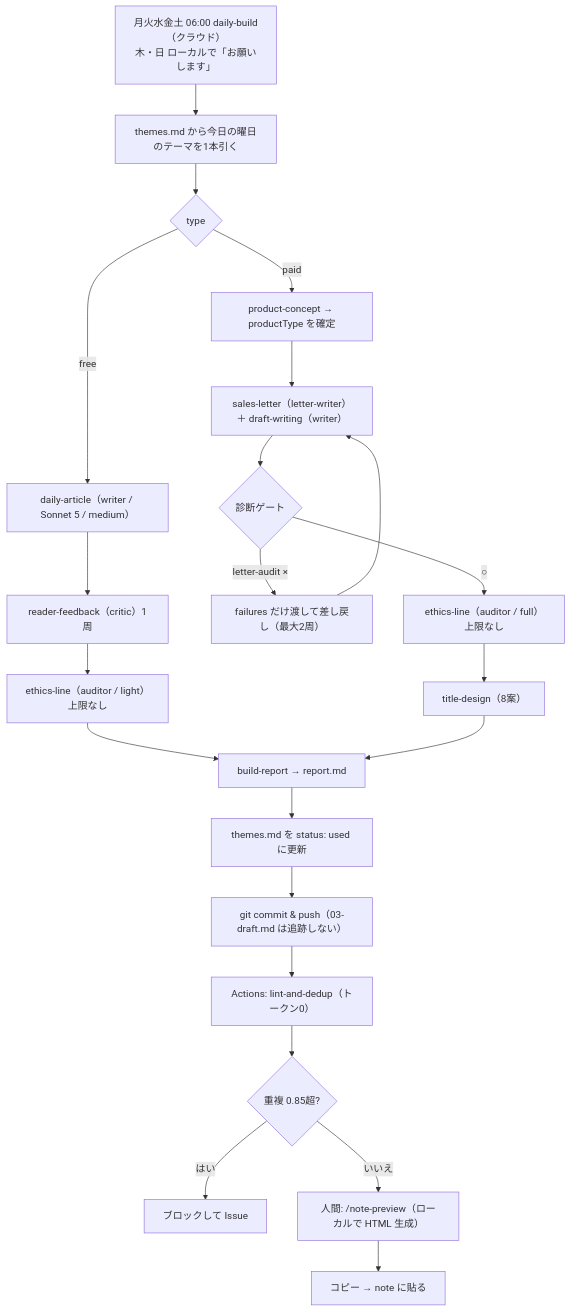
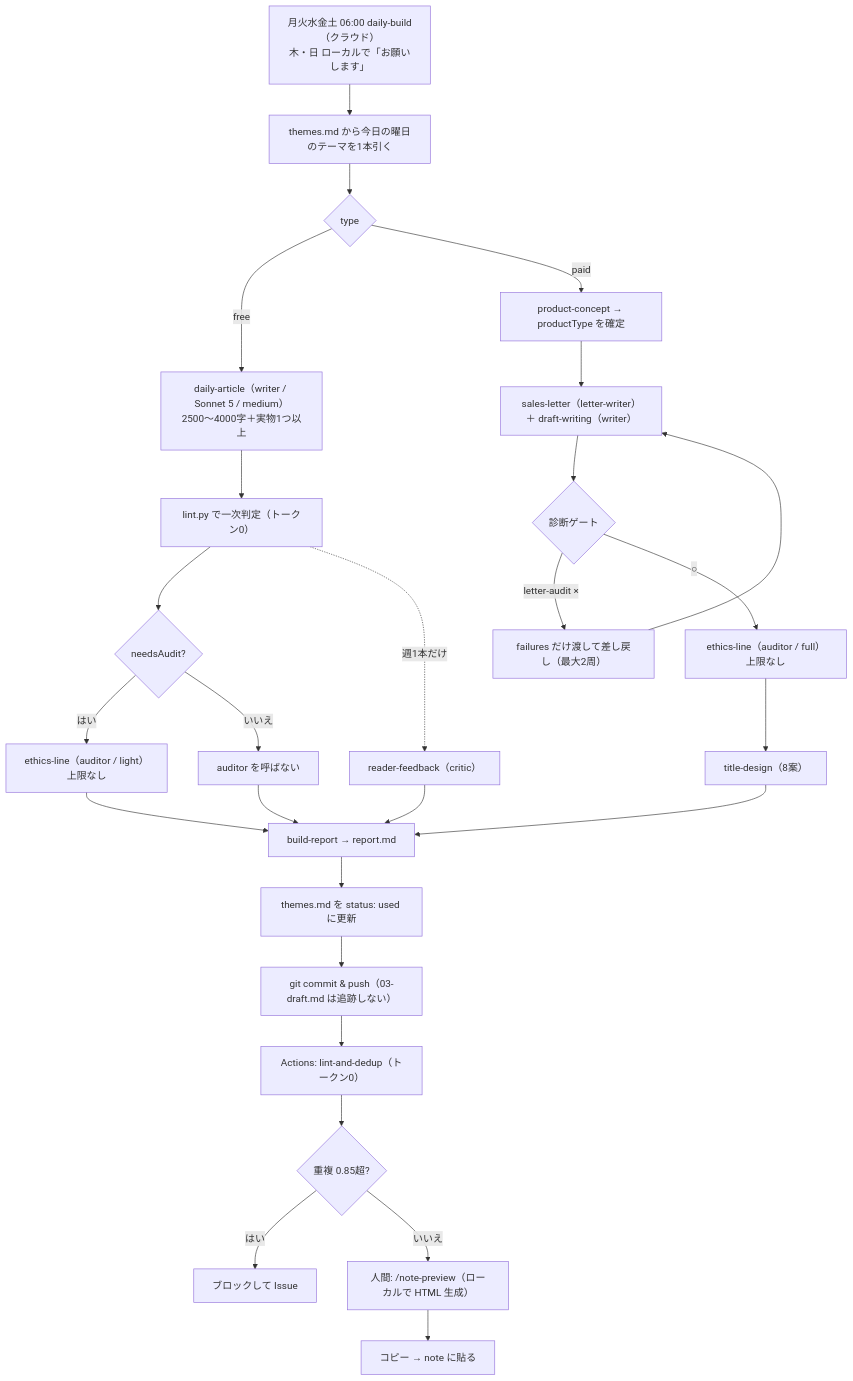
One commit to kou56250046-cloud/note-automation-app changed the second of 2 diagrams in ARCHITECTURE.md. Above: the diagram before and after it, drawn with Mermaid. The commit also changed other lines of this file and 26 other files, not shown here.

````diff
--- a/ARCHITECTURE.md
+++ b/ARCHITECTURE.md
@@ -326,27 +365,32 @@
 ```mermaid
 flowchart TD
     A["月火水金土 06:00 daily-build（クラウド）<br/>木・日 ローカルで「お願いします」"] --> B["themes.md から今日の曜日のテーマを1本引く"]
     B --> C{"type"}
 
-    C -- "free" --> D["daily-article（writer / Sonnet 5 / medium）"]
-    D --> E["reader-feedback（critic）1周"]
-    E --> F["ethics-line（auditor / light）上限なし"]
+    C -- "free" --> D["daily-article（writer / Sonnet 5 / medium）<br/>2500〜4000字＋実物1つ以上"]
+    D --> D2["lint.py で一次判定（トークン0）"]
+    D2 --> D3{"needsAudit?"}
+    D3 -- "はい" --> F["ethics-line（auditor / light）上限なし"]
+    D3 -- "いいえ" --> F2["auditor を呼ばない"]
+    D2 -.->|"週1本だけ"| E["reader-feedback（critic）"]
 
     C -- "paid" --> G["product-concept → productType を確定"]
     G --> H["sales-letter（letter-writer）＋ draft-writing（writer）"]
     H --> I{"診断ゲート"}
     I -- "letter-audit ×" --> J["failures だけ渡して差し戻し（最大2周）"]
     J --> H
     I -- "○" --> K["ethics-line（auditor / full）上限なし"]
     K --> L["title-design（8案）"]
 
     F --> M["build-report → report.md"]
+    F2 --> M
+    E --> M
     L --> M
     M --> N["themes.md を status: used に更新"]
     N --> O["git commit & push（03-draft.md は追跡しない）"]
     O --> P["Actions: lint-and-dedup（トークン0）"]
     P --> Q{"重複 0.85超?"}
     Q -- "はい" --> R["ブロックして Issue"]
     Q -- "いいえ" --> S["人間: /note-preview（ローカルで HTML 生成）"]
     S --> T["コピー → note に貼る"]
 ```
````
